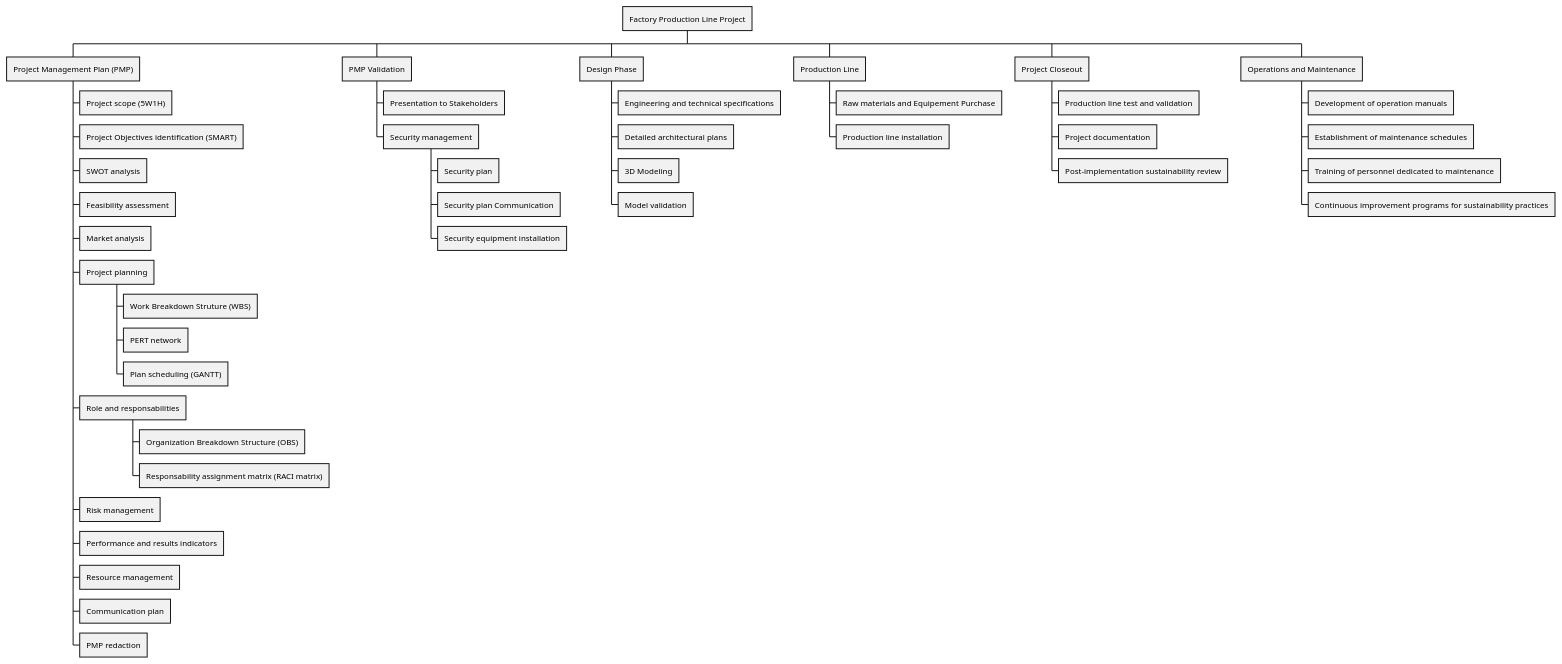
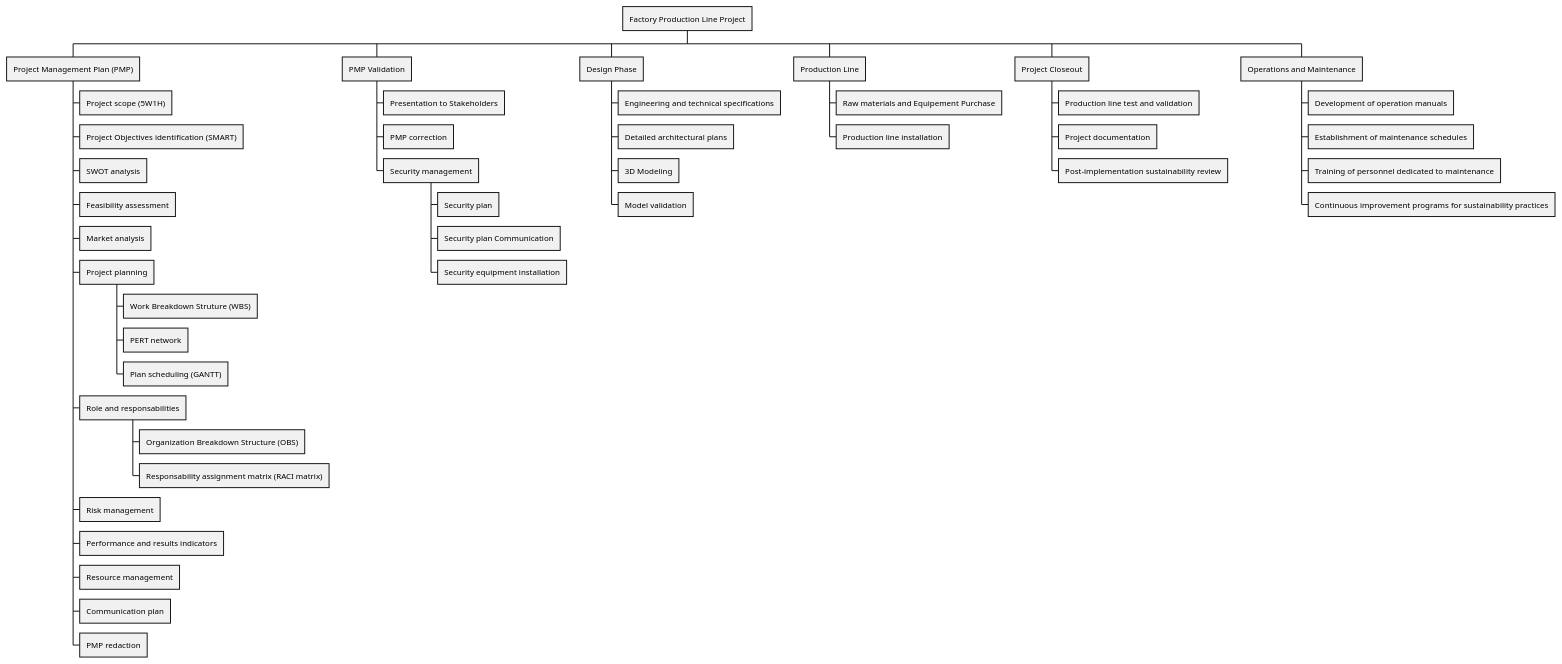
Before and after one commit to DIASBruno44/wbs-production-line-project: the diagram in wbs.puml, drawn with PlantUML.

Commit message:
Add PMP correction

```diff
--- a/wbs.puml
+++ b/wbs.puml
@@ -1,49 +1,51 @@
 @startwbs wbs
 * Factory Production Line Project
 ** Project Management Plan (PMP)
 *** Project scope (5W1H)
 *** Project Objectives identification (SMART)
 *** SWOT analysis
 *** Feasibility assessment
 *** Market analysis
 *** Project planning
 **** Work Breakdown Struture (WBS)
 **** PERT network
 **** Plan scheduling (GANTT)
 *** Role and responsabilities
 **** Organization Breakdown Structure (OBS)
 **** Responsability assignment matrix (RACI matrix)
 *** Risk management
 *** Performance and results indicators
 *** Resource management
 *** Communication plan
 *** PMP redaction
 
 ** PMP Validation
 *** Presentation to Stakeholders
+*** PMP correction
+
 *** Security management
 **** Security plan
 **** Security plan Communication
 **** Security equipment installation
 
 ** Design Phase
 *** Engineering and technical specifications
 *** Detailed architectural plans
 *** 3D Modeling
 *** Model validation
 
 ** Production Line
 *** Raw materials and Equipement Purchase
 *** Production line installation
 
 ** Project Closeout
 *** Production line test and validation
 *** Project documentation
 *** Post-implementation sustainability review
 
 ** Operations and Maintenance
 *** Development of operation manuals
 *** Establishment of maintenance schedules
 *** Training of personnel dedicated to maintenance
 *** Continuous improvement programs for sustainability practices
 @endwbs
```
